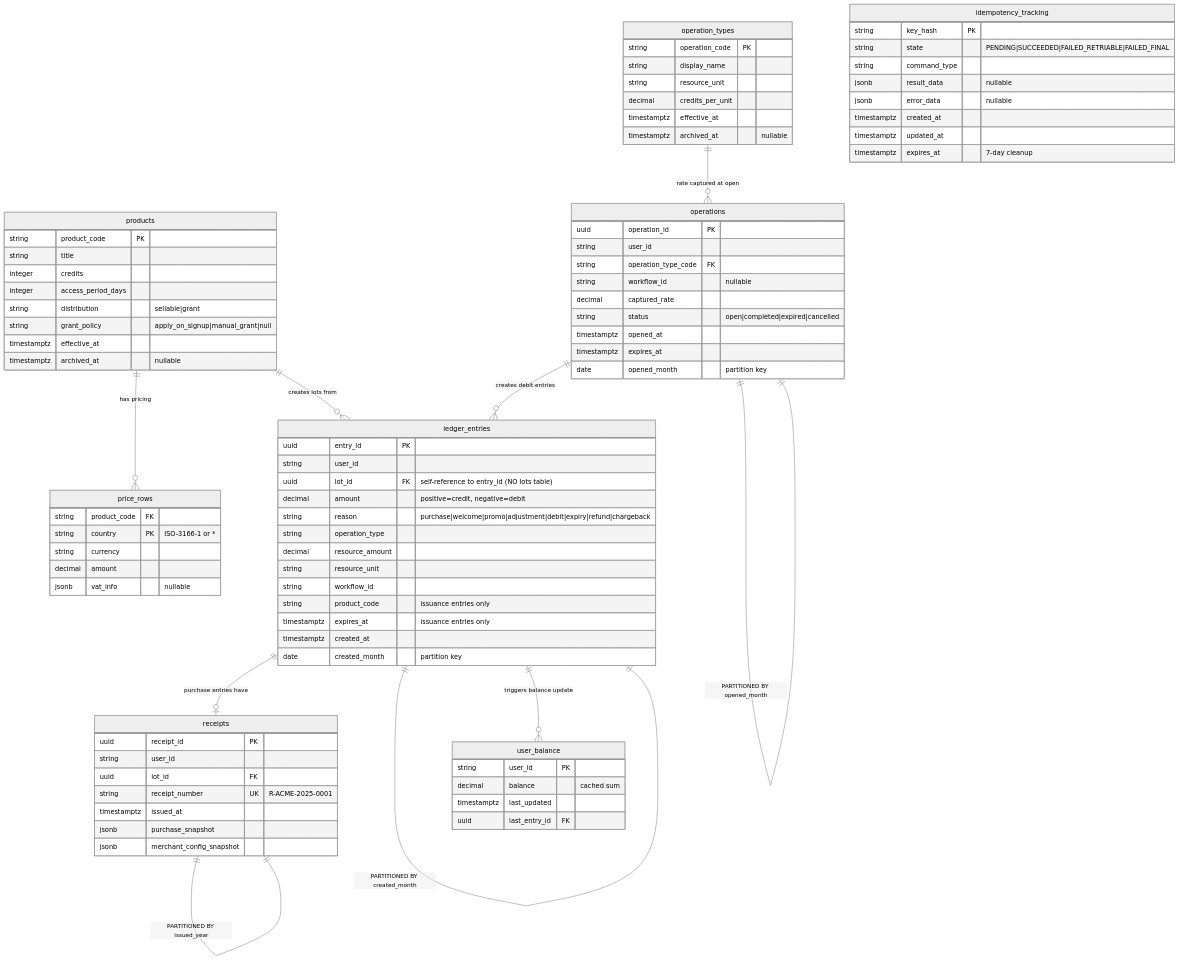
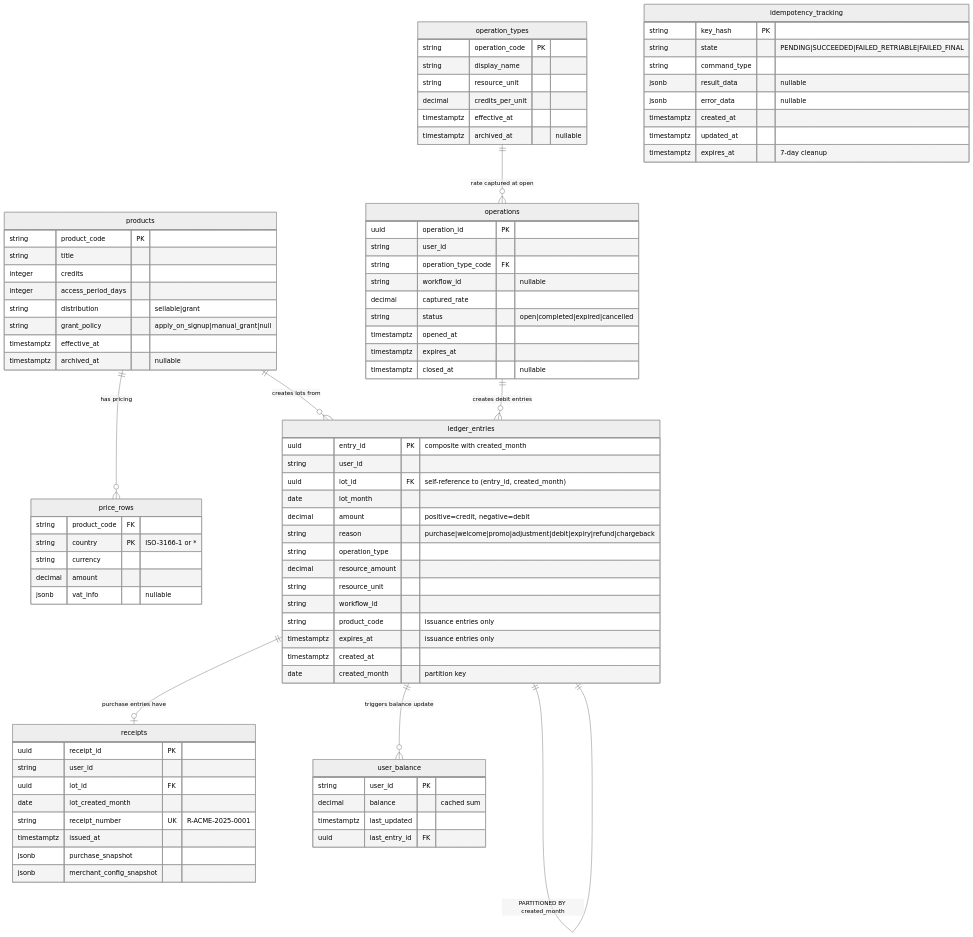
One commit to dimdasci/credit-system changed the first of 2 diagrams in knowledge/tech-solution/03_database_schema_migrations.md. Above: the diagram before and after it, drawn with Mermaid (neutral theme). The commit also changed other lines of this file and 4 other files, not shown here.

Commit message:
Reworked partitioning strategy, only ledger entries table will be partitioned

````diff
--- a/knowledge/tech-solution/03_database_schema_migrations.md
+++ b/knowledge/tech-solution/03_database_schema_migrations.md
@@ -752,9 +734,10 @@
     }
     
     ledger_entries {
-        uuid entry_id PK
+        uuid entry_id PK "composite with created_month"
         string user_id
-        uuid lot_id FK "self-reference to entry_id (NO lots table)"
+        uuid lot_id FK "self-reference to (entry_id, created_month)"
+        date lot_month
         decimal amount "positive=credit, negative=debit"
         string reason "purchase|welcome|promo|adjustment|debit|expiry|refund|chargeback"
         string operation_type
@@ -776,7 +759,7 @@
         string status "open|completed|expired|cancelled"
         timestamptz opened_at
         timestamptz expires_at
-        date opened_month "partition key"
+        timestamptz closed_at "nullable"
     }
     
     operation_types {
@@ -792,6 +775,7 @@
         uuid receipt_id PK
         string user_id
         uuid lot_id FK
+        date lot_created_month
         string receipt_number UK "R-ACME-2025-0001"
         timestamptz issued_at
         jsonb purchase_snapshot
@@ -827,6 +811,4 @@
 
     %% Partitioning indicators
     ledger_entries ||--|| ledger_entries : "PARTITIONED BY created_month"
-    operations ||--|| operations : "PARTITIONED BY opened_month"
-    receipts ||--|| receipts : "PARTITIONED BY issued_year"
 ```
````
